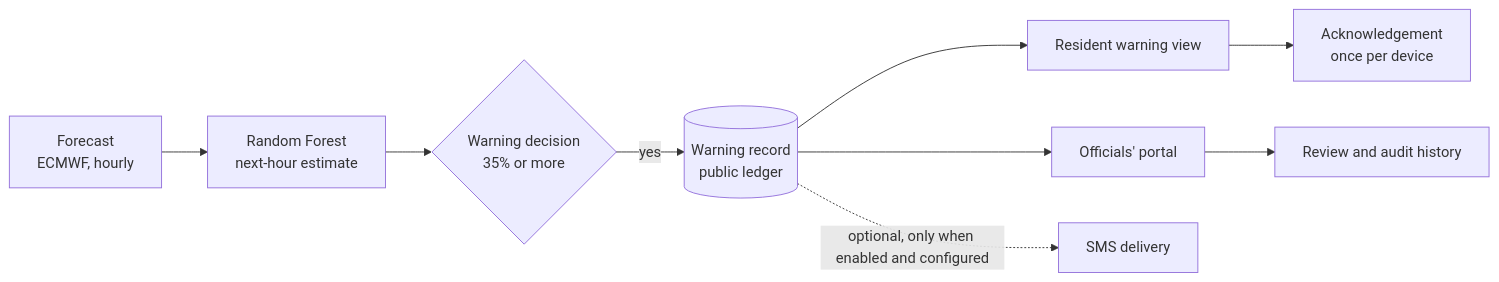
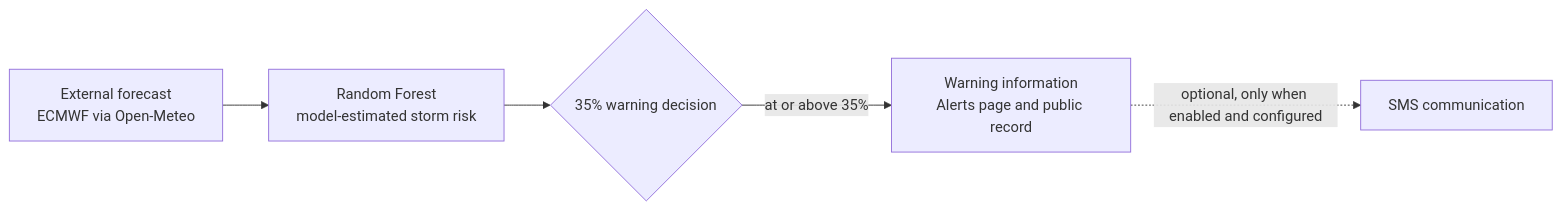
The fifth of 5 diagrams in docs/SYSTEM_DESIGN.md (mdvar2/matatiele-storm-early-warning-system), drawn with Mermaid before and after one commit. The commit also changed other lines of this file and 81 other files, not shown here.

````diff
--- a/docs/SYSTEM_DESIGN.md
+++ b/docs/SYSTEM_DESIGN.md
@@ -133,8 +133,6 @@
 ```mermaid
 flowchart LR
-  F[Forecast<br/>ECMWF, hourly] --> M[Random Forest<br/>next-hour estimate] --> D{Warning decision<br/>35% or more}
-  D -- yes --> R[(Warning record<br/>public ledger)]
-  R --> V[Resident warning view] --> A[Acknowledgement<br/>once per device]
-  R --> P[Officials' portal] --> H[Review and audit history]
-  R -. optional, only when enabled and configured .-> S[SMS delivery]
+  F[External forecast<br/>ECMWF via Open-Meteo] --> M[Random Forest<br/>model-estimated storm risk] --> D{35% warning decision}
+  D -- at or above 35% --> W[Warning information<br/>Alerts page and public record]
+  W -. optional, only when enabled and configured .-> S[SMS communication]
 ```
````
